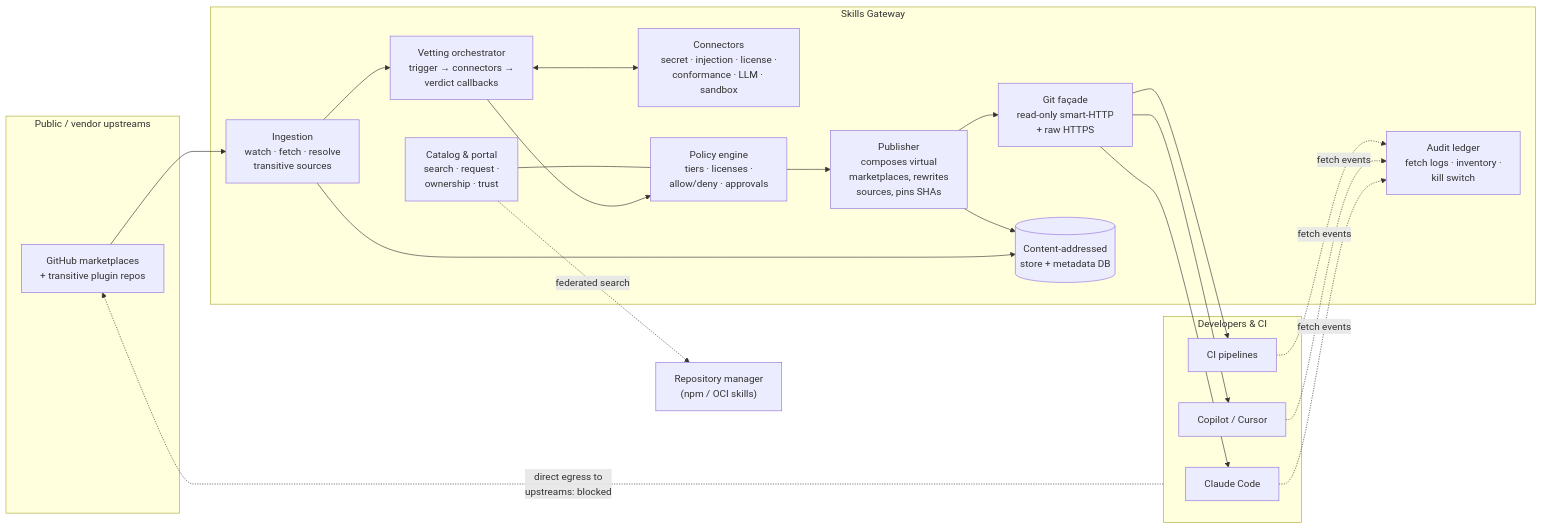
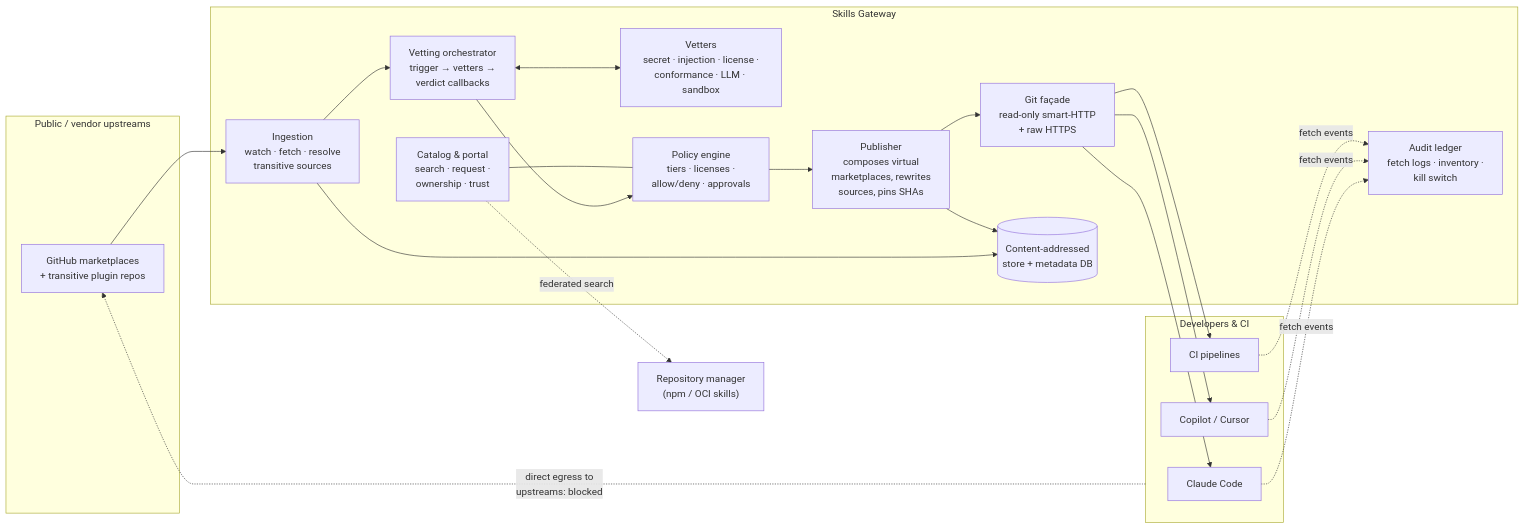
One commit to skillsgateway/skillsgateway changed the first of 2 diagrams in docs/manual/architecture.md. Above: the diagram before and after it, drawn with Mermaid. The commit also changed other lines of this file and 125 other files, not shown here.

````diff
--- a/docs/manual/architecture.md
+++ b/docs/manual/architecture.md
@@ -130,36 +130,36 @@
 ```mermaid
 flowchart LR
     subgraph Upstream["Public / vendor upstreams"]
         GH["GitHub marketplaces\n+ transitive plugin repos"]
     end
 
     subgraph GW["Skills Gateway"]
         ING["Ingestion\nwatch · fetch · resolve\ntransitive sources"]
-        SCAN["Vetting orchestrator\ntrigger → connectors →\nverdict callbacks"]
-        CONN["Connectors\nsecret · injection · license ·\nconformance · LLM · sandbox"]
+        SCAN["Vetting orchestrator\ntrigger → vetters →\nverdict callbacks"]
+        CONN["Vetters\nsecret · injection · license ·\nconformance · LLM · sandbox"]
         POL["Policy engine\ntiers · licenses ·\nallow/deny · approvals"]
         PUB["Publisher\ncomposes virtual\nmarketplaces, rewrites\nsources, pins SHAs"]
         FAC["Git façade\nread-only smart-HTTP\n+ raw HTTPS"]
         CAT["Catalog & portal\nsearch · request ·\nownership · trust"]
         LED["Audit ledger\nfetch logs · inventory ·\nkill switch"]
         OBJ[("Content-addressed\nstore + metadata DB")]
     end
 
     subgraph Clients["Developers & CI"]
         CC["Claude Code"]
         CP["Copilot / Cursor"]
         CI["CI pipelines"]
     end
 
     ART["Repository manager\n(npm / OCI skills)"]
 
     GH --> ING --> SCAN --> POL --> PUB --> FAC
     SCAN <--> CONN
     ING --> OBJ
     PUB --> OBJ
     FAC --> CC & CP & CI
     CC & CP & CI -.->|"fetch events"| LED
     CAT --- POL
     CAT -.->|"federated search"| ART
     Clients -.->|"direct egress to\nupstreams: blocked"| GH
 ```
````
